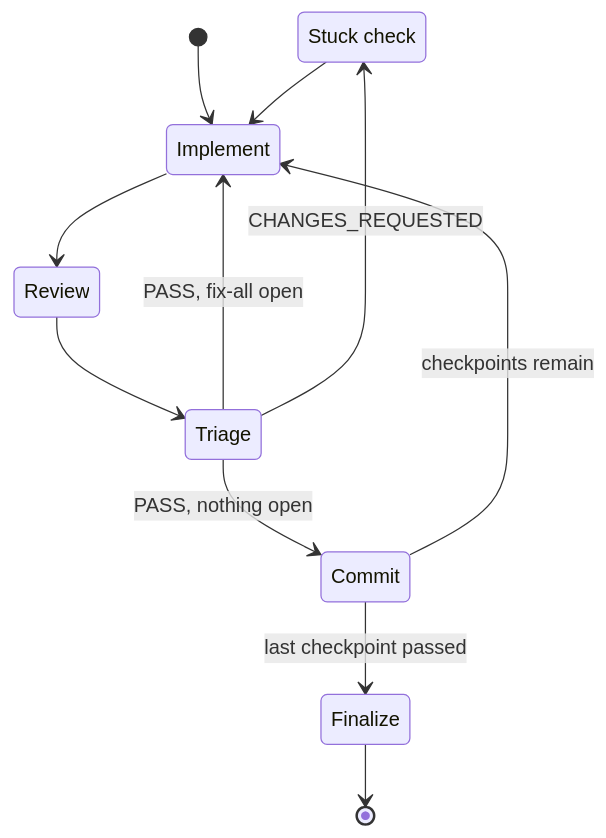
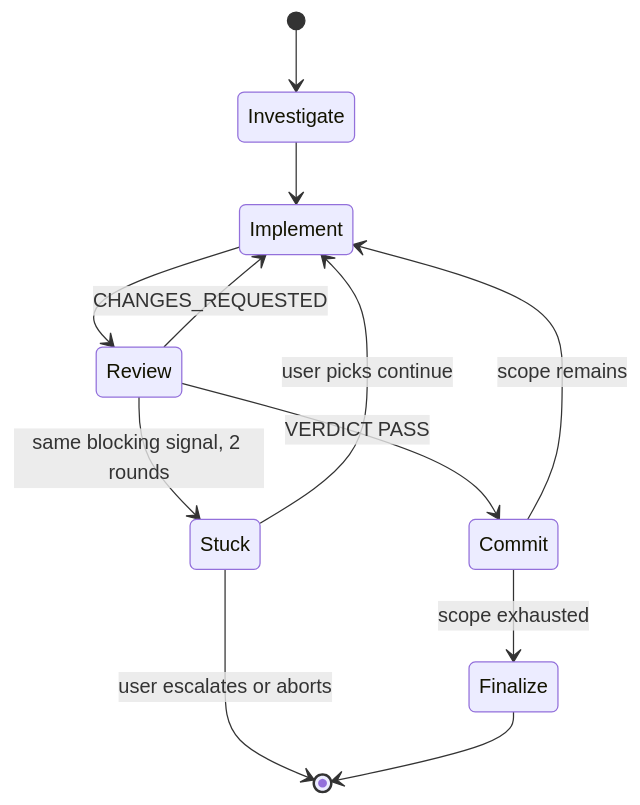
The second of 12 diagrams in docs/wiki/workflow.md (damusix/atomic-claude), drawn with Mermaid before and after one commit. The commit also changed other lines of this file and 795 other files, not shown here.

````diff
--- a/docs/wiki/workflow.md
+++ b/docs/wiki/workflow.md
@@ -64,15 +62,14 @@
 ```mermaid
 stateDiagram-v2
-    %% source: context/_partials/implement-loop.md, context/_partials/loop-finalize.md; docs/design/implement-loop-consolidation.md
-    state "Stuck check" as Stuck
-    [*] --> Implement
+    [*] --> Investigate
+    Investigate --> Implement
     Implement --> Review
-    Review --> Triage
-    Triage --> Commit: PASS, nothing open
-    Triage --> Implement: PASS, fix-all open
-    Triage --> Stuck: CHANGES_REQUESTED
-    Stuck --> Implement
-    Commit --> Implement: checkpoints remain
-    Commit --> Finalize: last checkpoint passed
+    Review --> Commit: VERDICT PASS
+    Review --> Implement: CHANGES_REQUESTED
+    Review --> Stuck: same blocking signal, 2 rounds
+    Stuck --> Implement: user picks continue
+    Stuck --> [*]: user escalates or aborts
+    Commit --> Implement: scope remains
+    Commit --> Finalize: scope exhausted
     Finalize --> [*]
 ```
````
